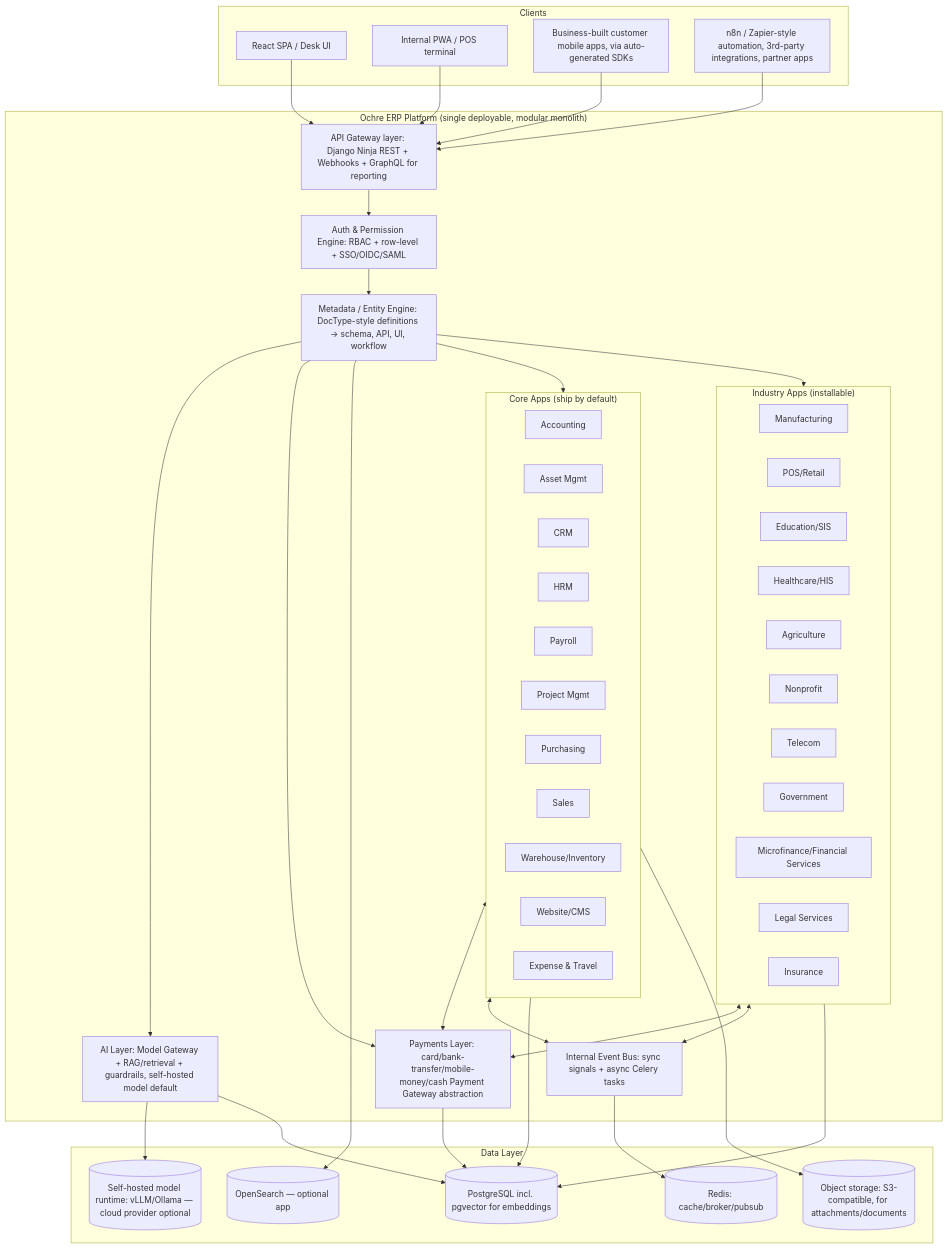
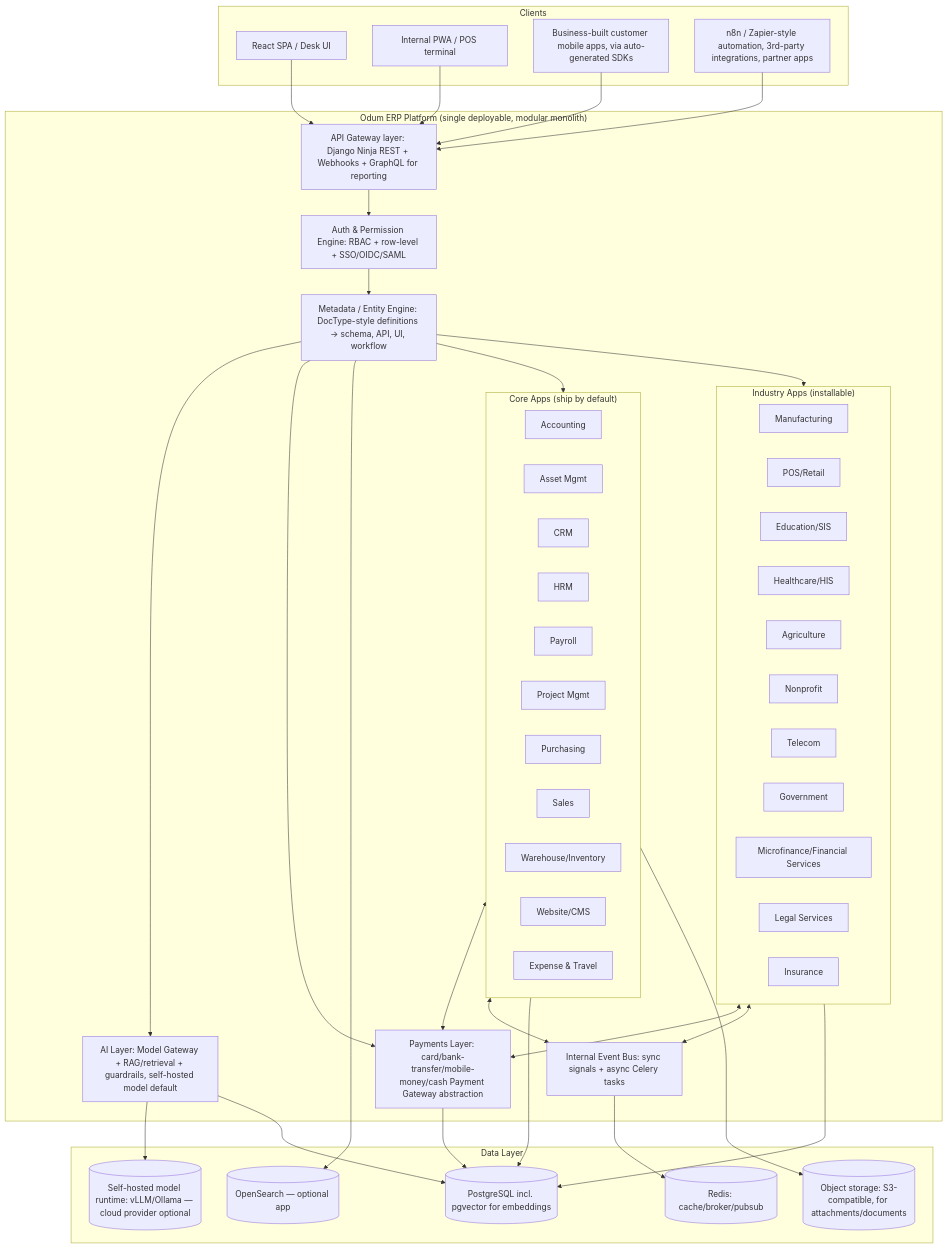
The diagram in CLAUDE.md (magbotta/odum-erp-suite), drawn with Mermaid before and after one commit. The commit also changed other lines of this file and 46 other files, not shown here.

First line of the commit message:
chore: rename ochre → odum across entire codebase

````diff
--- a/CLAUDE.md
+++ b/CLAUDE.md
@@ -65,76 +65,76 @@
 ```mermaid
 flowchart TB
     subgraph Client["Clients"]
         WEB[React SPA / Desk UI]
         MOBILE[Internal PWA / POS terminal]
         CUSTAPP[Business-built customer mobile apps, via auto-generated SDKs]
         EXT[n8n / Zapier-style automation, 3rd-party integrations, partner apps]
     end
 
-    subgraph Platform["Ochre ERP Platform (single deployable, modular monolith)"]
+    subgraph Platform["Odum ERP Platform (single deployable, modular monolith)"]
         GATEWAY[API Gateway layer: Django Ninja REST + Webhooks + GraphQL for reporting]
         AUTHZ[Auth & Permission Engine: RBAC + row-level + SSO/OIDC/SAML]
         META[Metadata / Entity Engine: DocType-style definitions -> schema, API, UI, workflow]
         AI[AI Layer: Model Gateway + RAG/retrieval + guardrails, self-hosted model default]
         PAY[Payments Layer: card/bank-transfer/mobile-money/cash Payment Gateway abstraction]
         BUS[Internal Event Bus: sync signals + async Celery tasks]
 
         subgraph CoreApps["Core Apps (ship by default)"]
             ACC[Accounting]
             AST[Asset Mgmt]
             CRM[CRM]
             HRM[HRM]
             PYR[Payroll]
             PROJ[Project Mgmt]
             PUR[Purchasing]
             SAL[Sales]
             WH[Warehouse/Inventory]
             SITE[Website/CMS]
             EXP[Expense & Travel]
         end
 
         subgraph IndustryApps["Industry Apps (installable)"]
             MFG[Manufacturing]
             POS[POS/Retail]
             SIS[Education/SIS]
             HIS[Healthcare/HIS]
             AGR[Agriculture]
             NPO[Nonprofit]
             TEL[Telecom]
             GOV[Government]
             MFI[Microfinance/Financial Services]
             LEGAL[Legal Services]
             INS[Insurance]
         end
     end
 
     subgraph Data["Data Layer"]
         PG[(PostgreSQL incl. pgvector for embeddings)]
         REDIS[(Redis: cache/broker/pubsub)]
         SEARCH[(OpenSearch — optional app)]
         FILES[(Object storage: S3-compatible, for attachments/documents)]
         LLM[(Self-hosted model runtime: vLLM/Ollama — cloud provider optional)]
     end
 
     WEB --> GATEWAY
     MOBILE --> GATEWAY
     CUSTAPP --> GATEWAY
     EXT --> GATEWAY
     GATEWAY --> AUTHZ --> META
     META --> CoreApps
     META --> IndustryApps
     META --> AI
     AI --> LLM
     AI --> PG
     META --> PAY
     PAY --> PG
     CoreApps <--> PAY
     IndustryApps <--> PAY
     CoreApps <--> BUS
     IndustryApps <--> BUS
     CoreApps --> PG
     IndustryApps --> PG
     BUS --> REDIS
     META --> SEARCH
     CoreApps --> FILES
 ```
````
